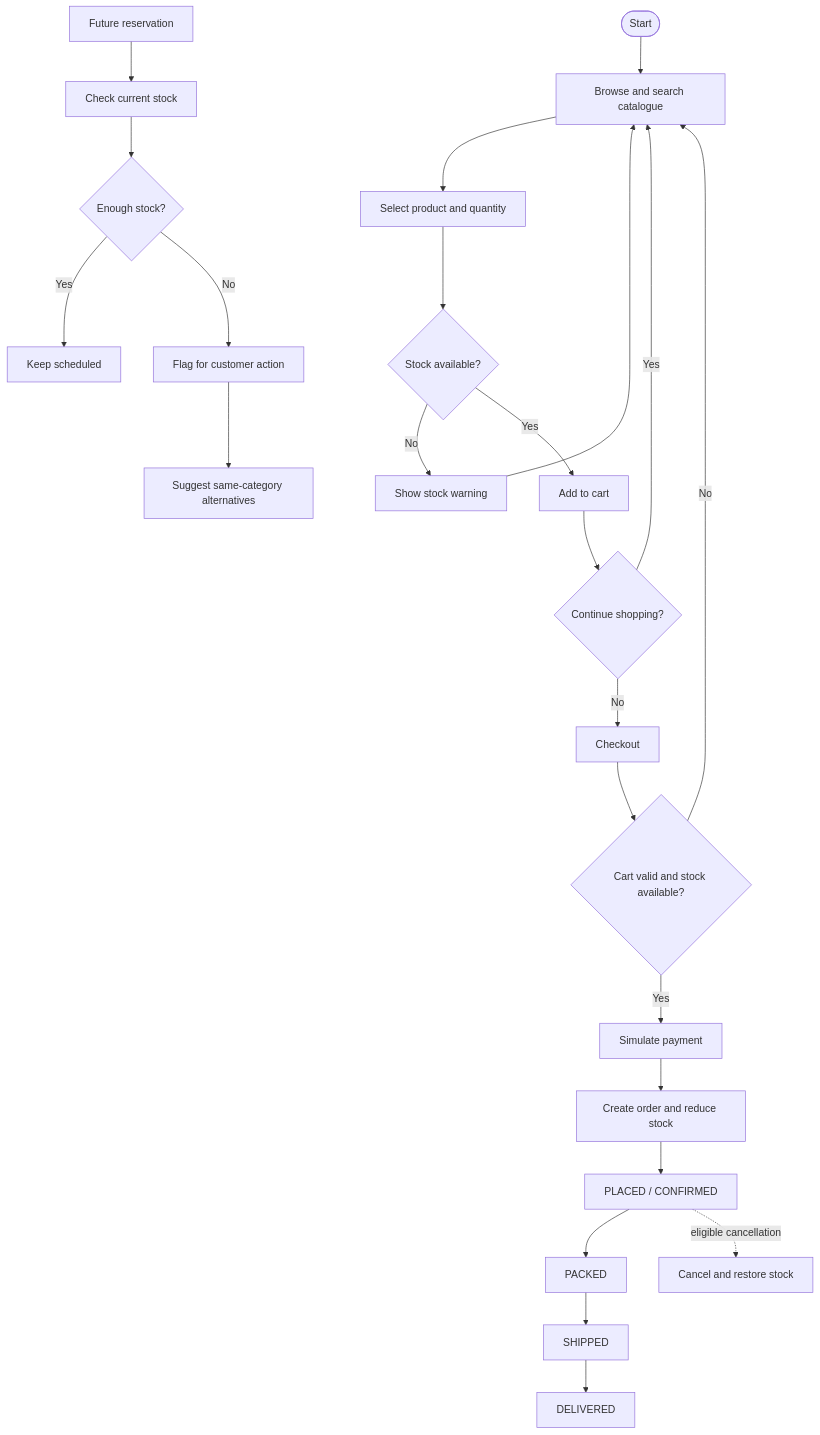
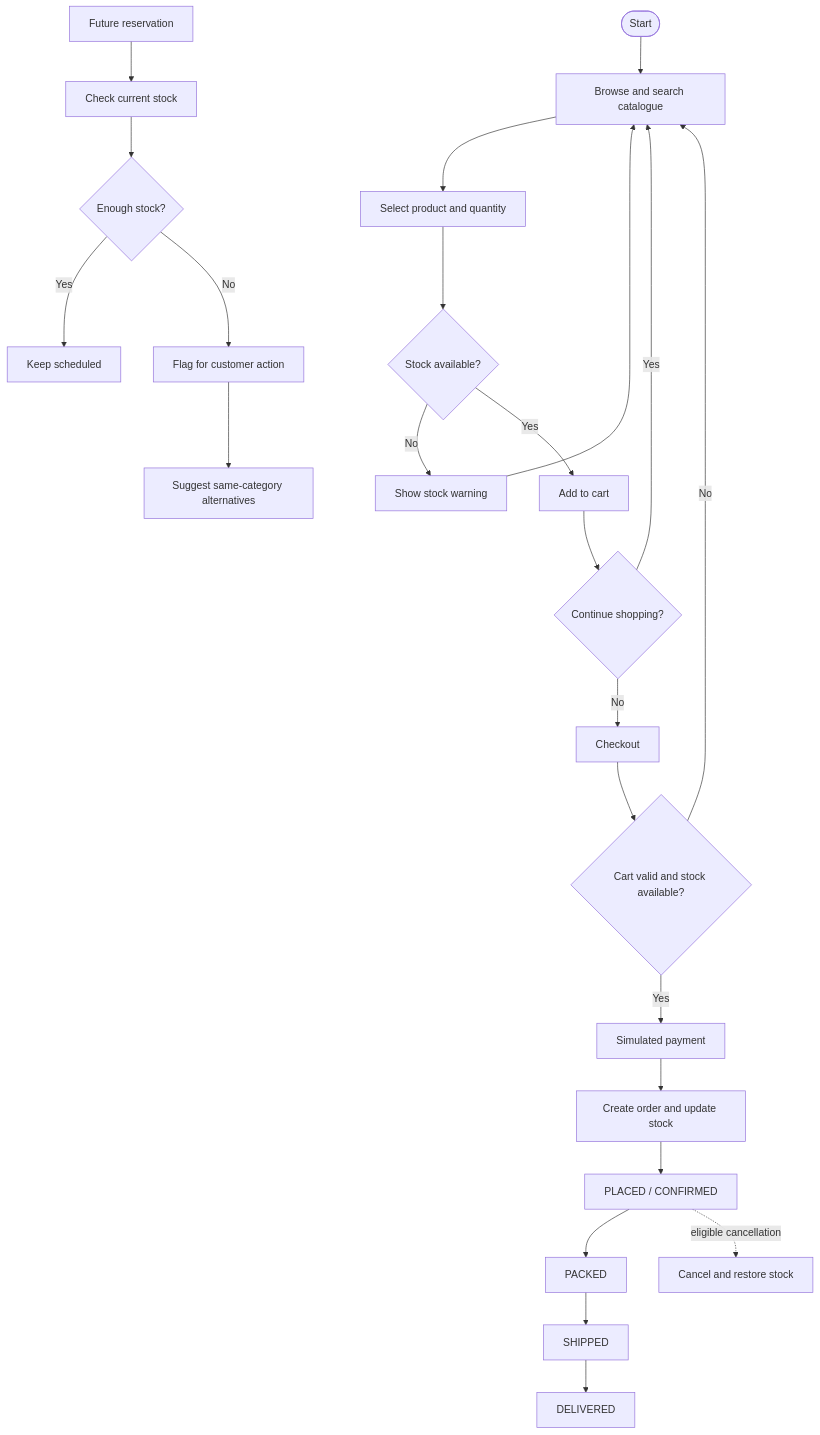
Before and after one commit to alapatijohnbabu-bit/KLHB-FED-26-9-13-Online-Store-Cart-Order-Pipeline: the diagram in docs/order-pipeline.mmd, drawn with Mermaid.

Commit message:
Mark order pipeline diagram as planned until implementation

```diff
--- a/docs/order-pipeline.mmd
+++ b/docs/order-pipeline.mmd
@@ -1,24 +1,25 @@
+%% Planned workflow for the project; update after implementation and testing.
 flowchart TD
     A([Start]) --> B[Browse and search catalogue]
     B --> C[Select product and quantity]
     C --> D{Stock available?}
     D -- No --> E[Show stock warning]
     E --> B
     D -- Yes --> F[Add to cart]
     F --> G{Continue shopping?}
     G -- Yes --> B
     G -- No --> H[Checkout]
     H --> I{Cart valid and stock available?}
     I -- No --> B
-    I -- Yes --> J[Simulate payment]
-    J --> K[Create order and reduce stock]
+    I -- Yes --> J[Simulated payment]
+    J --> K[Create order and update stock]
     K --> L[PLACED / CONFIRMED]
     L --> M[PACKED]
     M --> N[SHIPPED]
     N --> O[DELIVERED]
     L -. eligible cancellation .-> P[Cancel and restore stock]
     Q[Future reservation] --> R[Check current stock]
     R --> S{Enough stock?}
     S -- Yes --> T[Keep scheduled]
     S -- No --> U[Flag for customer action]
     U --> V[Suggest same-category alternatives]
```
